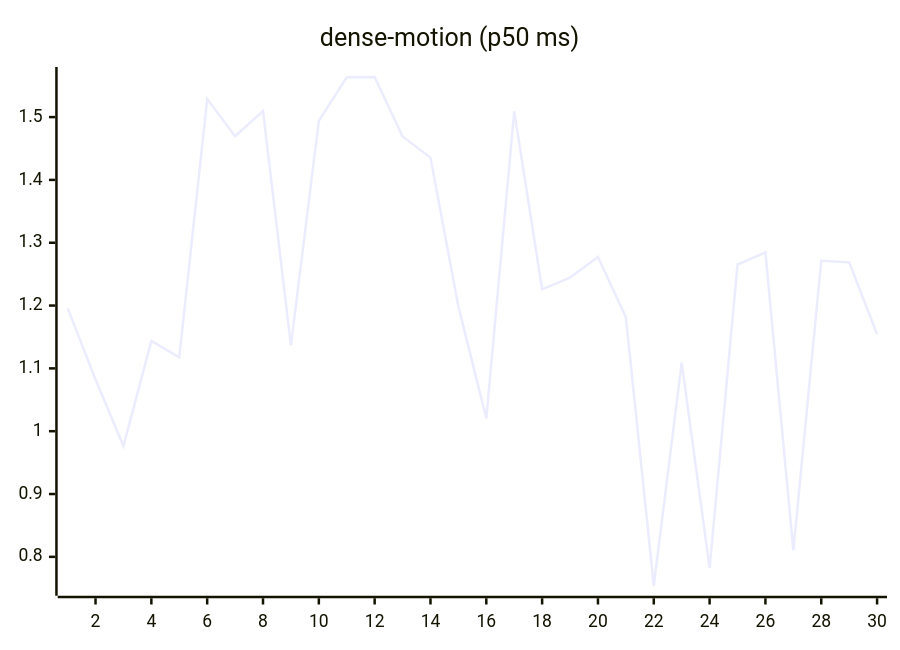
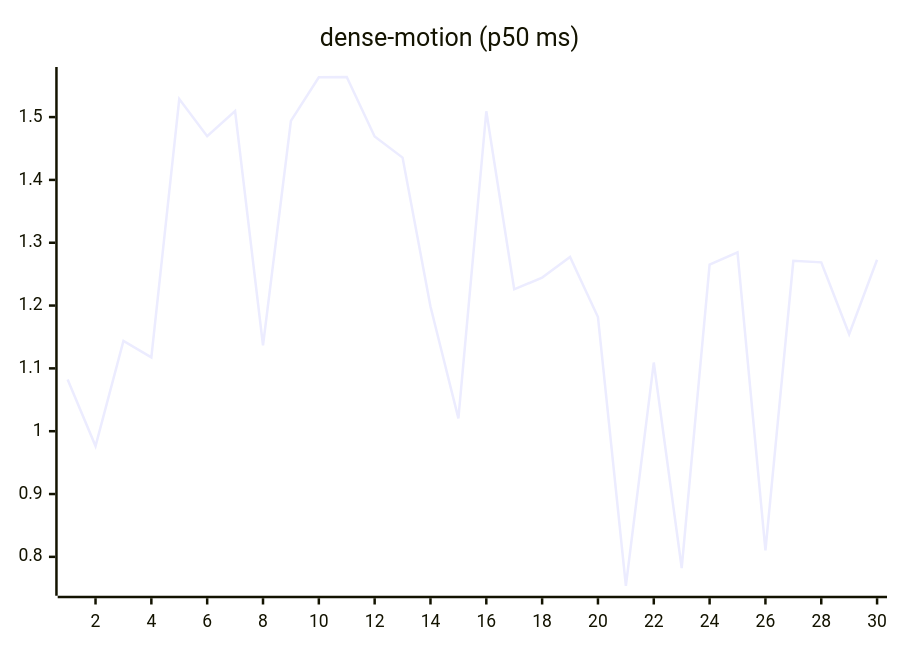
One commit to josha/Facet changed the ninth of 27 diagrams in README.md. Above: the diagram before and after it, drawn with Mermaid. The commit also changed other lines of this file and 2 other files, not shown here.

````diff
--- a/README.md
+++ b/README.md
@@ -119,6 +119,6 @@
 ```mermaid
 xychart-beta
     title "dense-motion (p50 ms)"
     x-axis 1 --> 30
-    line [1.1959, 1.0823, 0.9763, 1.1436, 1.1174, 1.5286, 1.4695, 1.5096, 1.1365, 1.4939, 1.5634, 1.5638, 1.4692, 1.4355, 1.1984, 1.0205, 1.5093, 1.2258, 1.2445, 1.2773, 1.1817, 0.7540, 1.1093, 0.7822, 1.2651, 1.2846, 0.8102, 1.2712, 1.2688, 1.1544]
+    line [1.0823, 0.9763, 1.1436, 1.1174, 1.5286, 1.4695, 1.5096, 1.1365, 1.4939, 1.5634, 1.5638, 1.4692, 1.4355, 1.1984, 1.0205, 1.5093, 1.2258, 1.2445, 1.2773, 1.1817, 0.7540, 1.1093, 0.7822, 1.2651, 1.2846, 0.8102, 1.2712, 1.2688, 1.1544, 1.2730]
 ```
````
